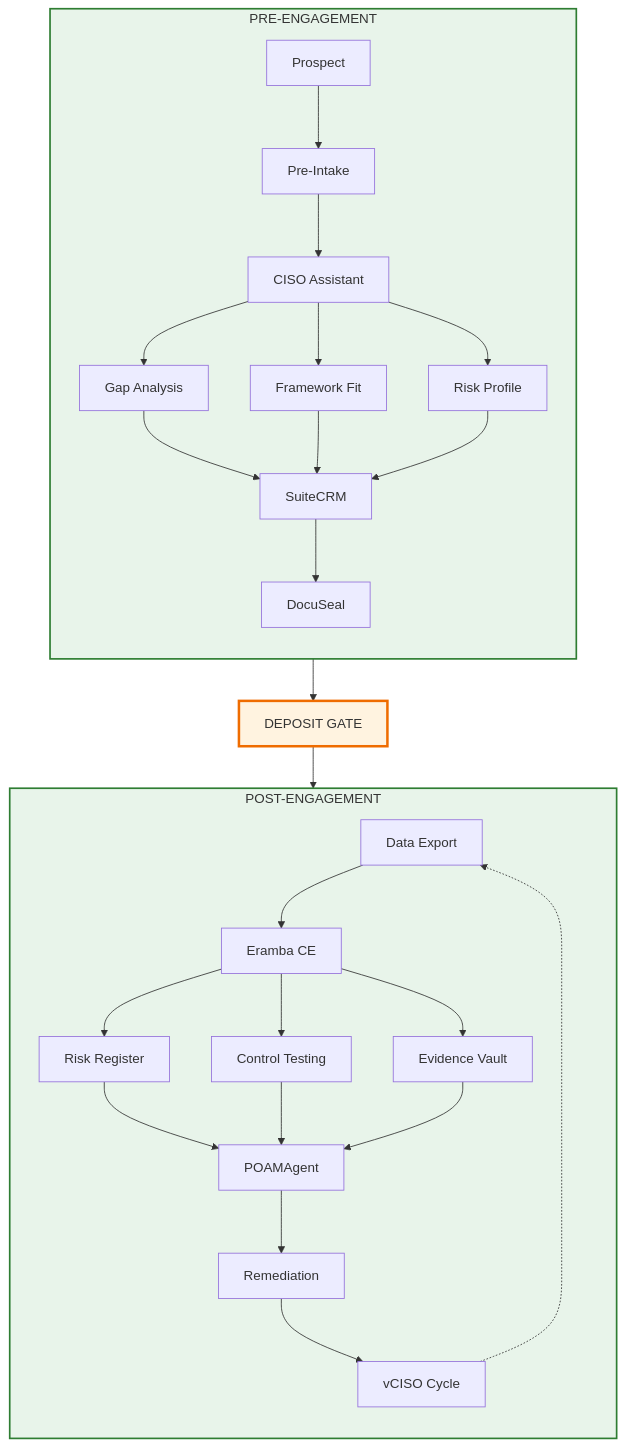
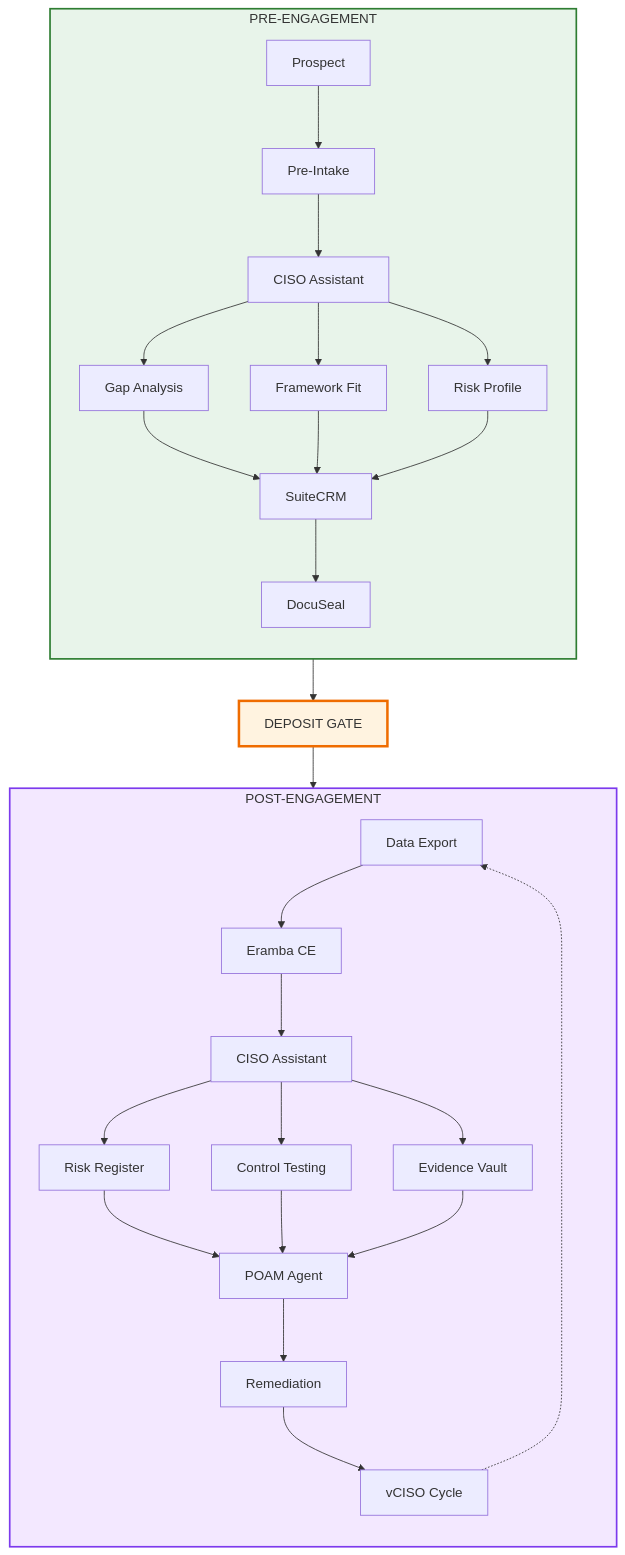
Before and after one commit to Pharns/portfolio: the first of 3 diagrams in docs/cybersecurity/giap.md, drawn with Mermaid. The commit also changed other lines of this file, not shown here.

Commit message:
Update workflow diagrams: purple POST, corrected flow
End-to-End Workflow changes:
- POST-ENGAGEMENT now purple (#f3e8ff fill, #7c3aed stroke)
- PRE-ENGAGEMENT remains green (visual phase distinction)
- Corrected POST flow: Data Export → Eramba CE → CISO Assistant
- CISO Assistant branches to Risk Register, Control Testing, Evidence Vault
- Merge to POAM Agent → Remediation → vCISO Cycle
- Dotted line shows recurring vCISO loop back to Data Export

Data Flow diagram:
- Updated to match purple POST styling
- Simplified agent flow: Data Export → Eramba → Mapper → POAM → Remediation → vCISO

Expert panel approved: Clear visual distinction between phases
- Green = Pre-Engagement (qualification)
- Purple = Post-Engagement (paid work)
- Orange = Deposit Gate (business boundary)

🤖 Generated with [Claude Code](https://claude.com/claude-code)

````diff
--- a/docs/cybersecurity/giap.md
+++ b/docs/cybersecurity/giap.md
@@ -31,46 +31,47 @@
 ```mermaid
 flowchart TB
     subgraph PRE[PRE-ENGAGEMENT]
         direction TB
         P[Prospect]
         PIF[Pre-Intake]
-        CA[CISO Assistant]
+        CA1[CISO Assistant]
         QG[Gap Analysis]
         FS[Framework Fit]
         RP[Risk Profile]
         CRM[SuiteCRM]
         DS[DocuSeal]
 
-        P --> PIF --> CA
-        CA --> QG & FS & RP
+        P --> PIF --> CA1
+        CA1 --> QG & FS & RP
         QG & FS & RP --> CRM
         CRM --> DS
     end
 
     DG[DEPOSIT GATE]
 
     subgraph POST[POST-ENGAGEMENT]
         direction TB
         EXP[Data Export]
-        ERA1[Eramba CE]
+        ERA[Eramba CE]
+        CA2[CISO Assistant]
         RM[Risk Register]
         CT[Control Testing]
         EC[Evidence Vault]
-        POA[POAMAgent]
-        ERA2[Remediation]
+        POA[POAM Agent]
+        REM[Remediation]
         VCISO[vCISO Cycle]
 
-        EXP --> ERA1
-        ERA1 --> RM & CT & EC
+        EXP --> ERA --> CA2
+        CA2 --> RM & CT & EC
         RM & CT & EC --> POA
-        POA --> ERA2 --> VCISO
+        POA --> REM --> VCISO
     end
 
     DS --> DG
     DG --> EXP
     VCISO -.-> EXP
 
     style PRE fill:#e8f4ea,stroke:#2e7d32,stroke-width:2px
-    style POST fill:#e8f4ea,stroke:#2e7d32,stroke-width:2px
+    style POST fill:#f3e8ff,stroke:#7c3aed,stroke-width:2px
     style DG fill:#fff3e0,stroke:#ef6c00,stroke-width:3px
 ```
````
